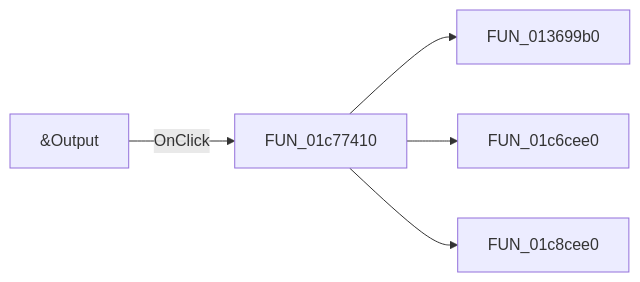
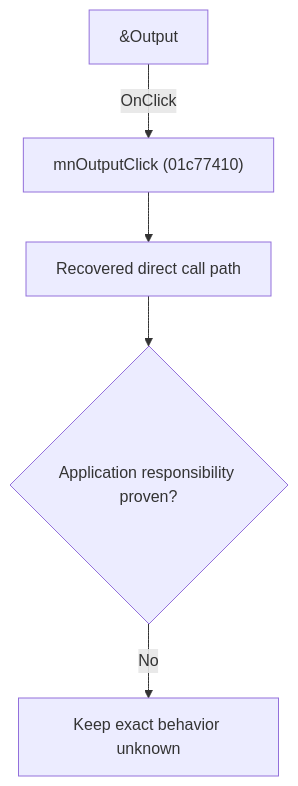
The diagram in docs/ui-controls/schematiceditor/mnoutput-0ecddb8d0f.md (MovGP0/TIARA), drawn with Mermaid before and after one commit. The commit also changed other lines of this file and 1062 other files, not shown here.

````diff
--- a/docs/ui-controls/schematiceditor/mnoutput-0ecddb8d0f.md
+++ b/docs/ui-controls/schematiceditor/mnoutput-0ecddb8d0f.md
@@ -27,7 +27,7 @@
 ```mermaid
-flowchart LR
-    control["&Output"] -->|OnClick| handler["FUN_01c77410"]
-    handler --> call1["FUN_013699b0"]
-    handler --> call2["FUN_01c6cee0"]
-    handler --> call3["FUN_01c8cee0"]
+flowchart TD
+    control["&Output"] -->|"OnClick"| handler["mnOutputClick (01c77410)"]
+    handler --> recovered["Recovered direct call path"]
+    recovered --> gap{"Application responsibility proven?"}
+    gap -->|"No"| blocked["Keep exact behavior unknown"]
 ```
````
